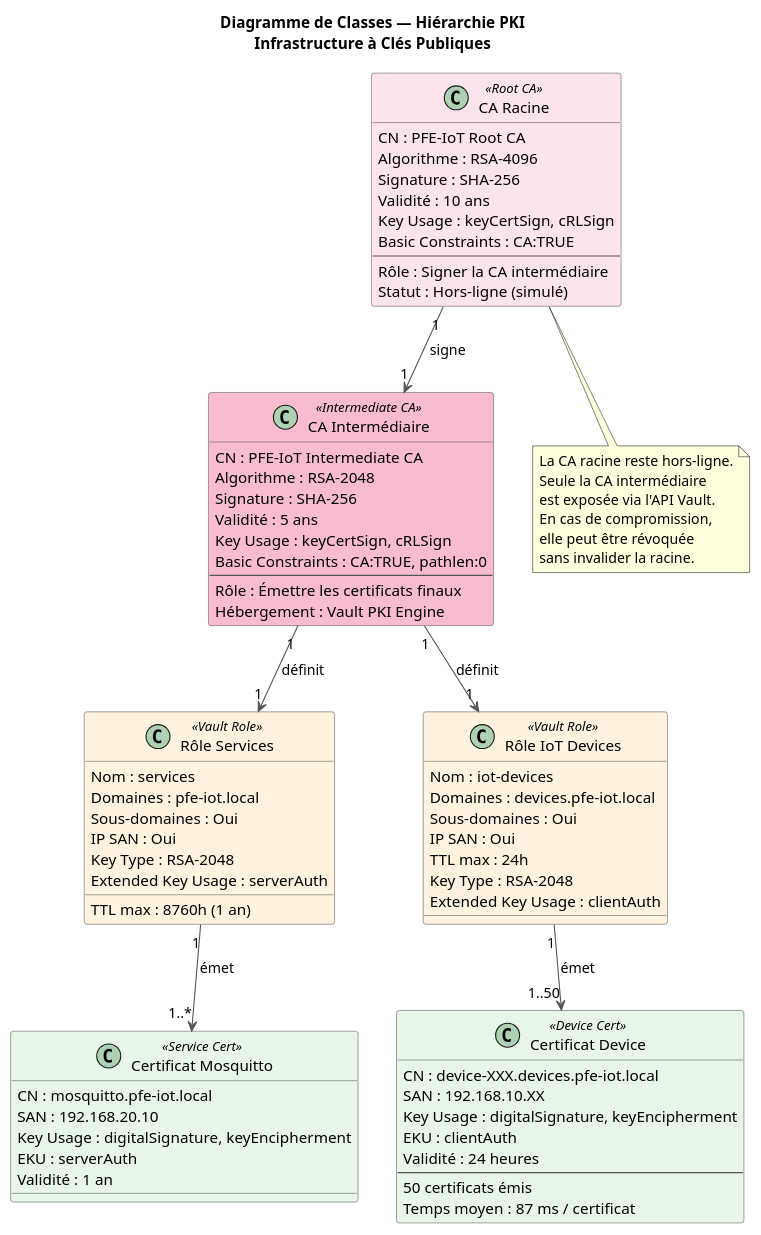
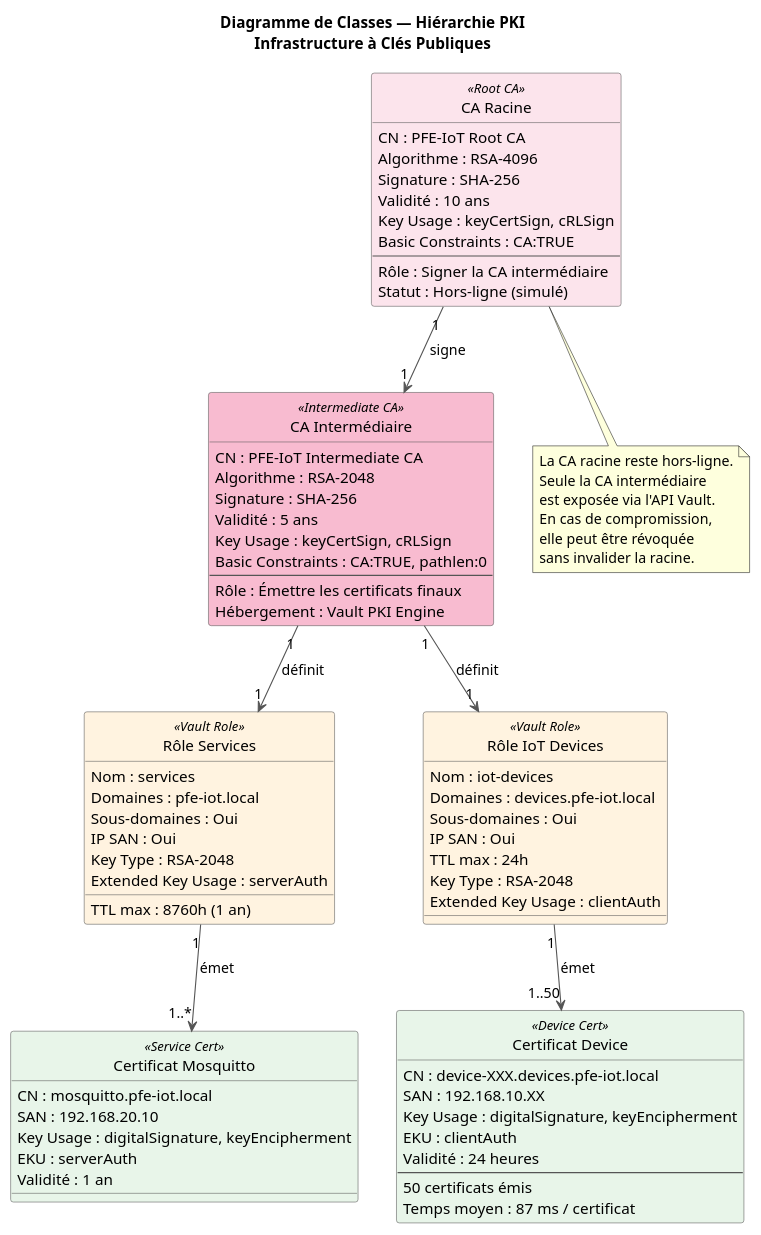
Before and after one commit to AmineGhannouchi/PFE-IoT-Security-TT: the diagram in documentation/rapport4/diagrams/diag-pki-hierarchy.puml, drawn with PlantUML. The commit also changed 7 other files, not shown here.

Commit message:
Update class diagrams and PKI hierarchy to enhance clarity and presentation

```diff
--- a/documentation/rapport4/diagrams/diag-pki-hierarchy.puml
+++ b/documentation/rapport4/diagrams/diag-pki-hierarchy.puml
@@ -1,94 +1,95 @@
 @startuml diag-pki-hierarchy
 
 skinparam backgroundColor #FFFFFF
 skinparam defaultFontName Arial
 skinparam shadowing false
 skinparam classAttributeIconSize 0
+hide circle
 
 skinparam class {
   BackgroundColor #FAFAFA
   BorderColor #555555
   ArrowColor #555555
 }
 
 title Diagramme de Classes — Hiérarchie PKI\nInfrastructure à Clés Publiques
 
 class "CA Racine" as ROOT <<Root CA>> #FCE4EC {
   CN : PFE-IoT Root CA
   Algorithme : RSA-4096
   Signature : SHA-256
   Validité : 10 ans
   Key Usage : keyCertSign, cRLSign
   Basic Constraints : CA:TRUE
   --
   Rôle : Signer la CA intermédiaire
   Statut : Hors-ligne (simulé)
 }
 
 class "CA Intermédiaire" as INTER <<Intermediate CA>> #F8BBD0 {
   CN : PFE-IoT Intermediate CA
   Algorithme : RSA-2048
   Signature : SHA-256
   Validité : 5 ans
   Key Usage : keyCertSign, cRLSign
   Basic Constraints : CA:TRUE, pathlen:0
   --
   Rôle : Émettre les certificats finaux
   Hébergement : Vault PKI Engine
 }
 
 class "Rôle Services" as ROLE_SVC <<Vault Role>> #FFF3E0 {
   Nom : services
   Domaines : pfe-iot.local
   Sous-domaines : Oui
   IP SAN : Oui
   TTL max : 8760h (1 an)
   Key Type : RSA-2048
   Extended Key Usage : serverAuth
 }
 
 class "Rôle IoT Devices" as ROLE_DEV <<Vault Role>> #FFF3E0 {
   Nom : iot-devices
   Domaines : devices.pfe-iot.local
   Sous-domaines : Oui
   IP SAN : Oui
   TTL max : 24h
   Key Type : RSA-2048
   Extended Key Usage : clientAuth
 }
 
 class "Certificat Mosquitto" as CERT_MOSQ <<Service Cert>> #E8F5E9 {
   CN : mosquitto.pfe-iot.local
   SAN : 192.168.20.10
   Key Usage : digitalSignature, keyEncipherment
   EKU : serverAuth
   Validité : 1 an
 }
 
 class "Certificat Device" as CERT_DEV <<Device Cert>> #E8F5E9 {
   CN : device-XXX.devices.pfe-iot.local
   SAN : 192.168.10.XX
   Key Usage : digitalSignature, keyEncipherment
   EKU : clientAuth
   Validité : 24 heures
   --
   50 certificats émis
   Temps moyen : 87 ms / certificat
 }
 
 ROOT "1" --> "1" INTER : signe
 INTER "1" --> "1" ROLE_SVC : définit
 INTER "1" --> "1" ROLE_DEV : définit
 ROLE_SVC "1" --> "1..*" CERT_MOSQ : émet
 ROLE_DEV "1" --> "1..50" CERT_DEV : émet
 
 note bottom of ROOT
   La CA racine reste hors-ligne.
   Seule la CA intermédiaire
   est exposée via l'API Vault.
   En cas de compromission,
   elle peut être révoquée
   sans invalider la racine.
 end note
 
 @enduml
```
